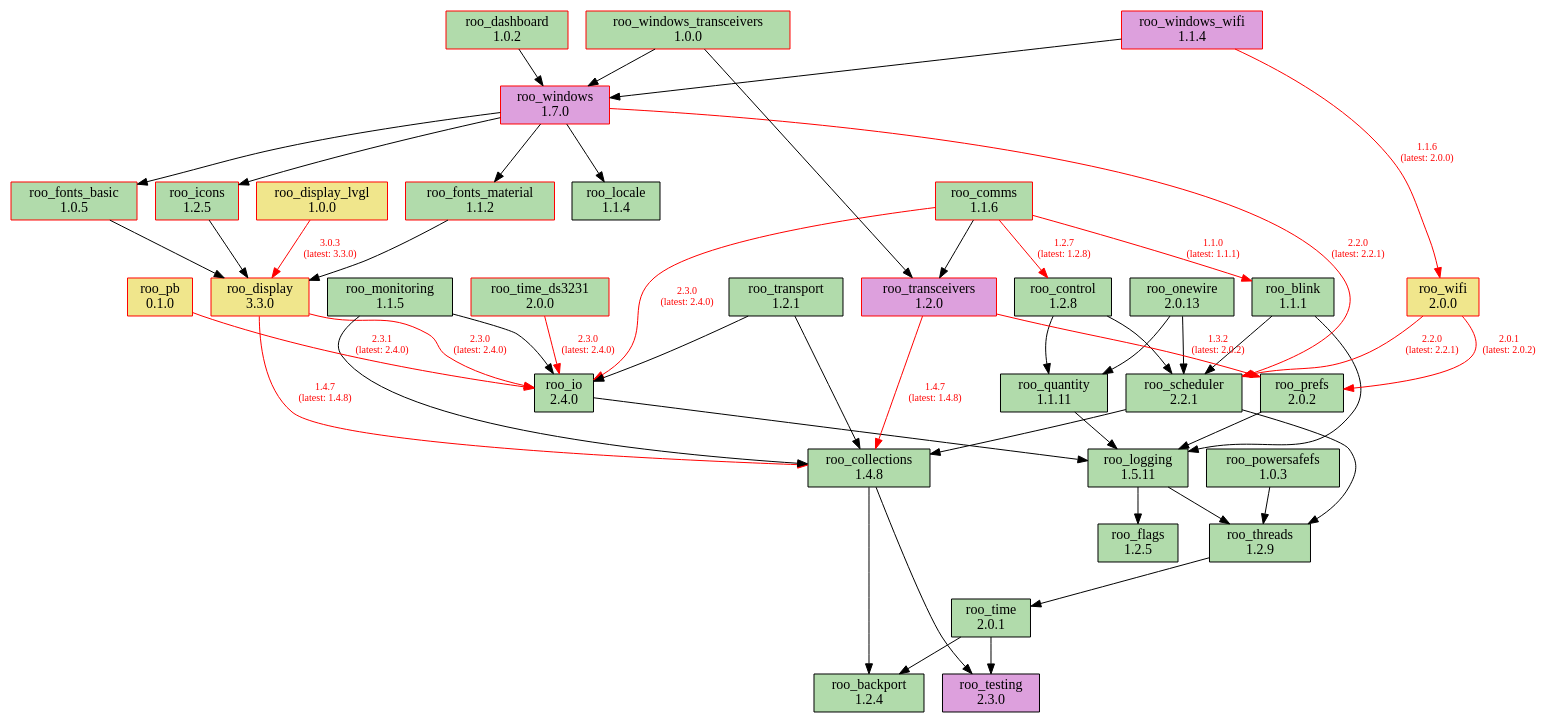
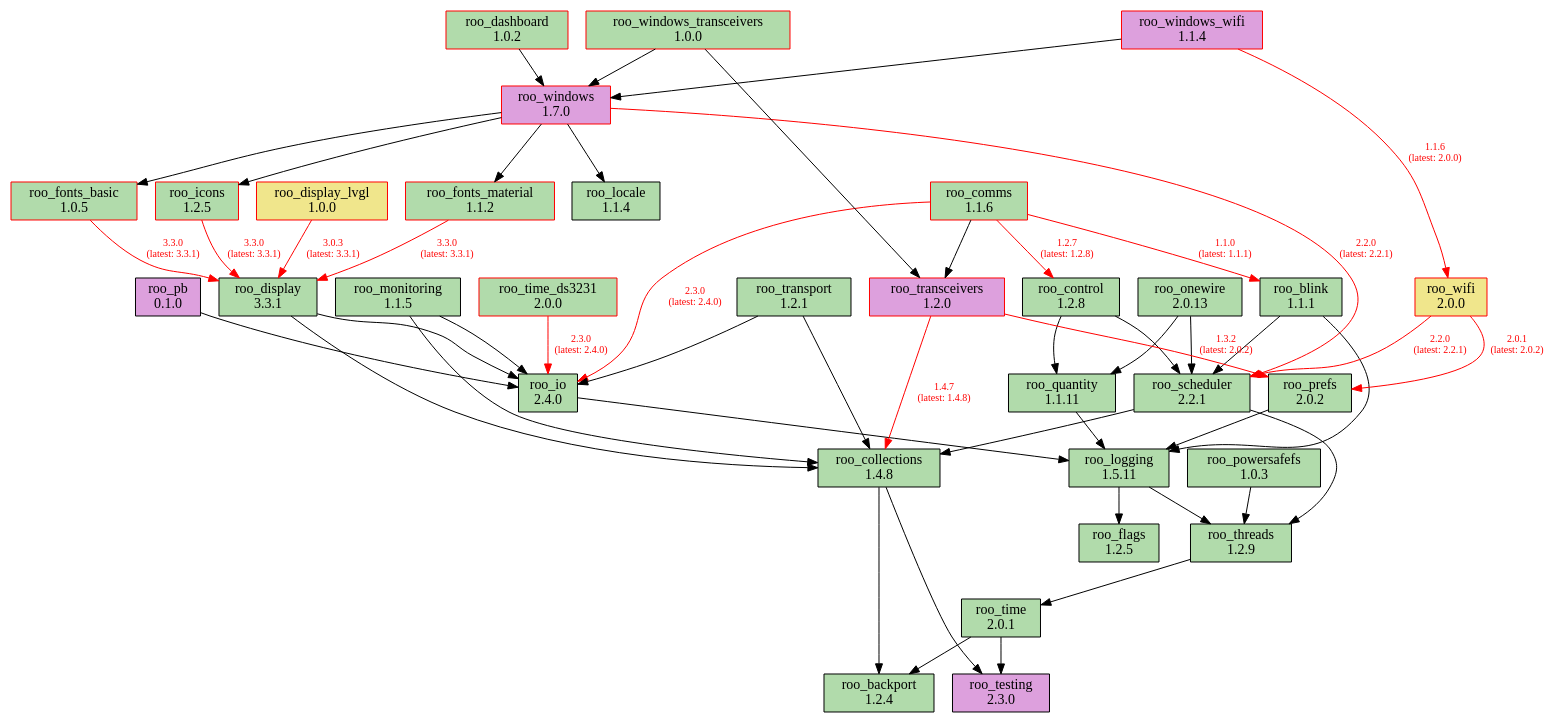
One commit to dejwk/roo-registry changed the diagram in doc/dependencies.dot. Above: the diagram before and after it, drawn with Graphviz. The commit also changed 3 other files, not shown here.

Commit message:
Added roo_display 3.3.1 to the registry.

```diff
--- a/doc/dependencies.dot
+++ b/doc/dependencies.dot
@@ -1,90 +1,90 @@
 digraph dependencies {
     rankdir=TB;
     node [shape=box, style=filled];
     edge [fontsize=10];
 
     // Modules
     "roo_backport" [label="roo_backport\n1.2.4", fillcolor="#b1dbab", color="black"];
     "roo_blink" [label="roo_blink\n1.1.1", fillcolor="#b1dbab", color="black"];
     "roo_collections" [label="roo_collections\n1.4.8", fillcolor="#b1dbab", color="black"];
     "roo_comms" [label="roo_comms\n1.1.6", fillcolor="#b1dbab", color="red"];
     "roo_control" [label="roo_control\n1.2.8", fillcolor="#b1dbab", color="black"];
     "roo_dashboard" [label="roo_dashboard\n1.0.2", fillcolor="#b1dbab", color="red"];
-    "roo_display" [label="roo_display\n3.3.0", fillcolor="khaki", color="red"];
+    "roo_display" [label="roo_display\n3.3.1", fillcolor="#b1dbab", color="black"];
     "roo_display_lvgl" [label="roo_display_lvgl\n1.0.0", fillcolor="khaki", color="red"];
     "roo_flags" [label="roo_flags\n1.2.5", fillcolor="#b1dbab", color="black"];
     "roo_fonts_basic" [label="roo_fonts_basic\n1.0.5", fillcolor="#b1dbab", color="red"];
     "roo_fonts_material" [label="roo_fonts_material\n1.1.2", fillcolor="#b1dbab", color="red"];
     "roo_icons" [label="roo_icons\n1.2.5", fillcolor="#b1dbab", color="red"];
     "roo_io" [label="roo_io\n2.4.0", fillcolor="#b1dbab", color="black"];
     "roo_locale" [label="roo_locale\n1.1.4", fillcolor="#b1dbab", color="black"];
     "roo_logging" [label="roo_logging\n1.5.11", fillcolor="#b1dbab", color="black"];
     "roo_monitoring" [label="roo_monitoring\n1.1.5", fillcolor="#b1dbab", color="black"];
     "roo_onewire" [label="roo_onewire\n2.0.13", fillcolor="#b1dbab", color="black"];
-    "roo_pb" [label="roo_pb\n0.1.0", fillcolor="khaki", color="red"];
+    "roo_pb" [label="roo_pb\n0.1.0", fillcolor="plum", color="black"];
     "roo_powersafefs" [label="roo_powersafefs\n1.0.3", fillcolor="#b1dbab", color="black"];
     "roo_prefs" [label="roo_prefs\n2.0.2", fillcolor="#b1dbab", color="black"];
     "roo_quantity" [label="roo_quantity\n1.1.11", fillcolor="#b1dbab", color="black"];
     "roo_scheduler" [label="roo_scheduler\n2.2.1", fillcolor="#b1dbab", color="black"];
     "roo_testing" [label="roo_testing\n2.3.0", fillcolor="plum", color="black"];
     "roo_threads" [label="roo_threads\n1.2.9", fillcolor="#b1dbab", color="black"];
     "roo_time" [label="roo_time\n2.0.1", fillcolor="#b1dbab", color="black"];
     "roo_time_ds3231" [label="roo_time_ds3231\n2.0.0", fillcolor="#b1dbab", color="red"];
     "roo_transceivers" [label="roo_transceivers\n1.2.0", fillcolor="plum", color="red"];
     "roo_transport" [label="roo_transport\n1.2.1", fillcolor="#b1dbab", color="black"];
     "roo_wifi" [label="roo_wifi\n2.0.0", fillcolor="khaki", color="red"];
     "roo_windows" [label="roo_windows\n1.7.0", fillcolor="plum", color="red"];
     "roo_windows_transceivers" [label="roo_windows_transceivers\n1.0.0", fillcolor="#b1dbab", color="red"];
     "roo_windows_wifi" [label="roo_windows_wifi\n1.1.4", fillcolor="plum", color="red"];
 
     // Dependencies
     "roo_blink" -> "roo_logging";
     "roo_blink" -> "roo_scheduler";
     "roo_collections" -> "roo_testing";
     "roo_collections" -> "roo_backport";
     "roo_comms" -> "roo_blink" [color=red, fontcolor=red, label="1.1.0\n(latest: 1.1.1)"];
     "roo_comms" -> "roo_control" [color=red, fontcolor=red, label="1.2.7\n(latest: 1.2.8)"];
     "roo_comms" -> "roo_io" [color=red, fontcolor=red, label="2.3.0\n(latest: 2.4.0)"];
     "roo_comms" -> "roo_transceivers";
     "roo_control" -> "roo_quantity";
     "roo_control" -> "roo_scheduler";
     "roo_dashboard" -> "roo_windows";
-    "roo_display" -> "roo_collections" [color=red, fontcolor=red, label="1.4.7\n(latest: 1.4.8)"];
-    "roo_display" -> "roo_io" [color=red, fontcolor=red, label="2.3.0\n(latest: 2.4.0)"];
-    "roo_display_lvgl" -> "roo_display" [color=red, fontcolor=red, label="3.0.3\n(latest: 3.3.0)"];
-    "roo_fonts_basic" -> "roo_display";
-    "roo_fonts_material" -> "roo_display";
-    "roo_icons" -> "roo_display";
+    "roo_display" -> "roo_collections";
+    "roo_display" -> "roo_io";
+    "roo_display_lvgl" -> "roo_display" [color=red, fontcolor=red, label="3.0.3\n(latest: 3.3.1)"];
+    "roo_fonts_basic" -> "roo_display" [color=red, fontcolor=red, label="3.3.0\n(latest: 3.3.1)"];
+    "roo_fonts_material" -> "roo_display" [color=red, fontcolor=red, label="3.3.0\n(latest: 3.3.1)"];
+    "roo_icons" -> "roo_display" [color=red, fontcolor=red, label="3.3.0\n(latest: 3.3.1)"];
     "roo_io" -> "roo_logging";
     "roo_logging" -> "roo_flags";
     "roo_logging" -> "roo_threads";
     "roo_monitoring" -> "roo_collections";
     "roo_monitoring" -> "roo_io";
     "roo_onewire" -> "roo_scheduler";
     "roo_onewire" -> "roo_quantity";
-    "roo_pb" -> "roo_io" [color=red, fontcolor=red, label="2.3.1\n(latest: 2.4.0)"];
+    "roo_pb" -> "roo_io";
     "roo_powersafefs" -> "roo_threads";
     "roo_prefs" -> "roo_logging";
     "roo_quantity" -> "roo_logging";
     "roo_scheduler" -> "roo_collections";
     "roo_scheduler" -> "roo_threads";
     "roo_threads" -> "roo_time";
     "roo_time" -> "roo_testing";
     "roo_time" -> "roo_backport";
     "roo_time_ds3231" -> "roo_io" [color=red, fontcolor=red, label="2.3.0\n(latest: 2.4.0)"];
     "roo_transceivers" -> "roo_collections" [color=red, fontcolor=red, label="1.4.7\n(latest: 1.4.8)"];
     "roo_transceivers" -> "roo_prefs" [color=red, fontcolor=red, label="1.3.2\n(latest: 2.0.2)"];
     "roo_transport" -> "roo_collections";
     "roo_transport" -> "roo_io";
     "roo_wifi" -> "roo_prefs" [color=red, fontcolor=red, label="2.0.1\n(latest: 2.0.2)"];
     "roo_wifi" -> "roo_scheduler" [color=red, fontcolor=red, label="2.2.0\n(latest: 2.2.1)"];
     "roo_windows" -> "roo_fonts_basic";
     "roo_windows" -> "roo_fonts_material";
     "roo_windows" -> "roo_locale";
     "roo_windows" -> "roo_icons";
     "roo_windows" -> "roo_scheduler" [color=red, fontcolor=red, label="2.2.0\n(latest: 2.2.1)"];
     "roo_windows_transceivers" -> "roo_transceivers";
     "roo_windows_transceivers" -> "roo_windows";
     "roo_windows_wifi" -> "roo_wifi" [color=red, fontcolor=red, label="1.1.6\n(latest: 2.0.0)"];
     "roo_windows_wifi" -> "roo_windows";
 }
```
